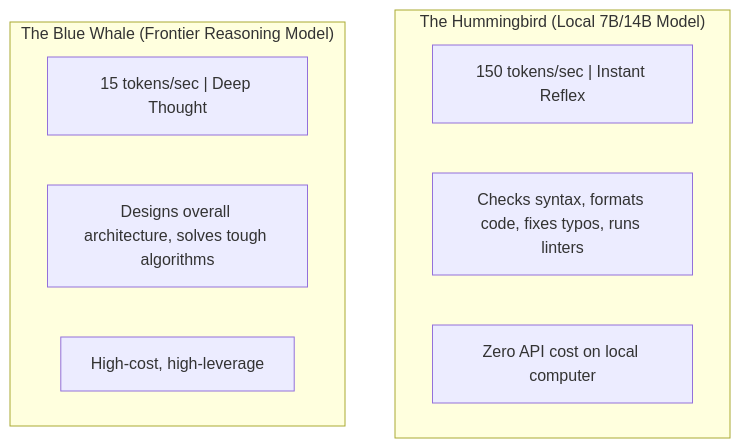
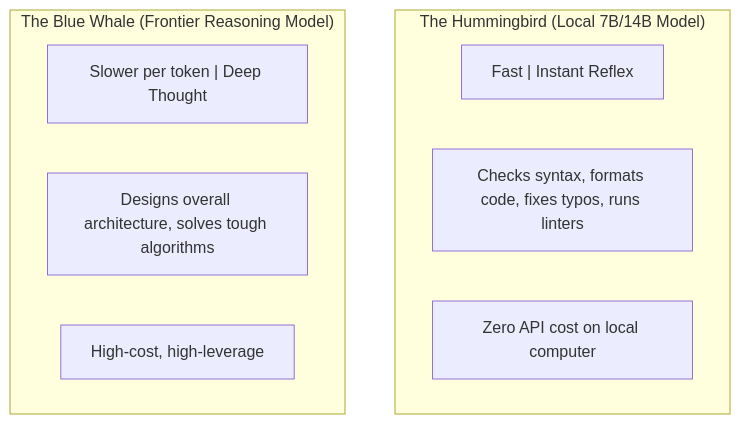
Before and after one commit to dan-petty/vibes: the third of 3 diagrams in docs/dummysguide/13-slime-molds-and-fungal-roots.md, drawn with Mermaid. The commit also changed other lines of this file and 248 other files, not shown here.

````diff
--- a/docs/dummysguide/13-slime-molds-and-fungal-roots.md
+++ b/docs/dummysguide/13-slime-molds-and-fungal-roots.md
@@ -114,14 +116,14 @@
 ```mermaid
 flowchart TD
     subgraph SmallModel ["The Hummingbird (Local 7B/14B Model)"]
-        H1["150 tokens/sec | Instant Reflex"]
+        H1["Fast | Instant Reflex"]
         H2["Checks syntax, formats code, fixes typos, runs linters"]
         H3["Zero API cost on local computer"]
     end
 
     subgraph BigModel ["The Blue Whale (Frontier Reasoning Model)"]
-        W1["15 tokens/sec | Deep Thought"]
+        W1["Slower per token | Deep Thought"]
         W2["Designs overall architecture, solves tough algorithms"]
         W3["High-cost, high-leverage"]
     end
 ```
````
